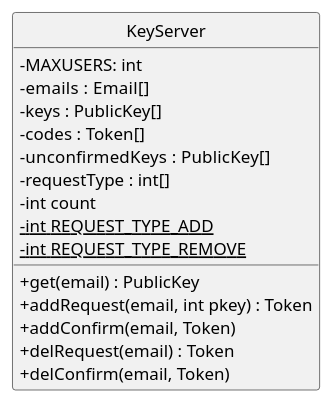
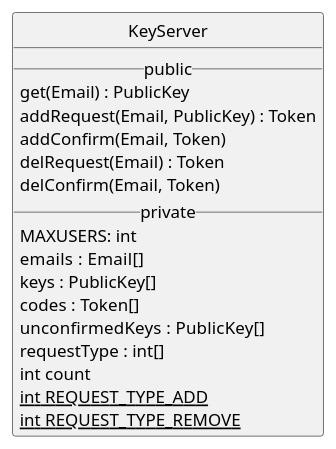
The diagram in presentation/simplified_uml.plantuml (KeYProject/verifythis-ltc-2020), drawn with PlantUML before and after one commit. The commit also changed 2 other files, not shown here.

```diff
--- a/presentation/simplified_uml.plantuml
+++ b/presentation/simplified_uml.plantuml
@@ -1,26 +1,26 @@
 @startuml
 hide circle
 skinparam classAttributeIconSize 0
 skinparam monochrome true
 skinparam shadowing false
 
 class KeyServer {
-
-    -MAXUSERS: int
-    -emails  : Email[] 
-    -keys : PublicKey[] 
-    -codes : Token[] 
-    -unconfirmedKeys  : PublicKey[] 
-    -requestType : int[] 
-    -int count
-    -{static} int REQUEST_TYPE_ADD
-    -{static} int REQUEST_TYPE_REMOVE
-
-    +get(email) : PublicKey
-    +addRequest(email, int pkey) : Token
-    +addConfirm(email, Token) 
-    +delRequest(email) : Token
-    +delConfirm(email, Token)
+    __public__
+    get(Email) : PublicKey
+    addRequest(Email, PublicKey) : Token
+    addConfirm(Email, Token)
+    delRequest(Email) : Token
+    delConfirm(Email, Token)
+    __private__
+    MAXUSERS: int
+    emails  : Email[]
+    keys : PublicKey[]
+    codes : Token[]
+    unconfirmedKeys  : PublicKey[]
+    requestType : int[]
+    int count
+    {static}int REQUEST_TYPE_ADD
+    {static}int REQUEST_TYPE_REMOVE
 }
 
 @enduml
```
